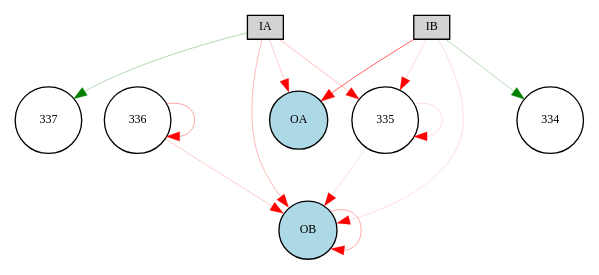
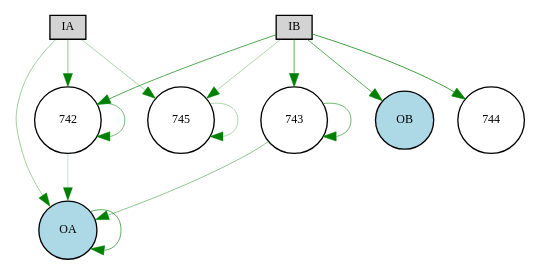
One commit to danxan/neuromorphic-evolution changed the diagram in source/discrete_experiment/Digraph.gv. Above: the diagram before and after it, drawn with Graphviz. The commit also changed 7 other files, not shown here.

```diff
--- a/source/discrete_experiment/Digraph.gv
+++ b/source/discrete_experiment/Digraph.gv
@@ -1,22 +1,23 @@
 digraph {
 	node [fontsize=9 height=0.2 shape=circle width=0.2]
 	IA [fillcolor=lightgray shape=box style=filled]
 	IB [fillcolor=lightgray shape=box style=filled]
 	OA [fillcolor=lightblue style=filled]
 	OB [fillcolor=lightblue style=filled]
-	335 [fillcolor=white style=filled]
-	336 [fillcolor=white style=filled]
-	IA -> 335 [color=red penwidth=0.18888989706710163 style=solid]
-	IA -> 337 [color=green penwidth=0.23250044274973888 style=solid]
-	IB -> 334 [color=green penwidth=0.21560137787085792 style=solid]
-	IB -> 335 [color=red penwidth=0.10761056234717797 style=solid]
-	335 -> OB [color=red penwidth=0.1 style=solid]
-	336 -> OB [color=red penwidth=0.15943706433553767 style=solid]
-	IA -> OA [color=red penwidth=0.1492751650654065 style=solid]
-	IA -> OB [color=red penwidth=0.2060066034603737 style=solid]
-	IB -> OA [color=red penwidth=0.4695329501191561 style=solid]
-	IB -> OB [color=red penwidth=0.1 style=solid]
-	OB -> OB [color=red penwidth=0.2508791895332634 style=solid]
-	335 -> 335 [color=red penwidth=0.1 style=solid]
-	336 -> 336 [color=red penwidth=0.27127643676583524 style=solid]
+	742 [fillcolor=white style=filled]
+	743 [fillcolor=white style=filled]
+	IA -> 742 [color=green penwidth=0.3438897180149496 style=solid]
+	IA -> 745 [color=green penwidth=0.25959442370828756 style=solid]
+	IB -> 742 [color=green penwidth=0.5147753809551033 style=solid]
+	IB -> 743 [color=green penwidth=0.47356687027829736 style=solid]
+	IB -> 744 [color=green penwidth=0.5554912722826941 style=solid]
+	IB -> 745 [color=green penwidth=0.24041693035487377 style=solid]
+	742 -> OA [color=green penwidth=0.16341903390520277 style=solid]
+	743 -> OA [color=green penwidth=0.32978622361527665 style=solid]
+	IA -> OA [color=green penwidth=0.28240147747788635 style=solid]
+	IB -> OB [color=green penwidth=0.4894459851045868 style=solid]
+	OA -> OA [color=green penwidth=0.48118036359319794 style=solid]
+	742 -> 742 [color=green penwidth=0.39835920440179473 style=solid]
+	743 -> 743 [color=green penwidth=0.4237789507872447 style=solid]
+	745 -> 745 [color=green penwidth=0.24303859651913318 style=solid]
 }
```
